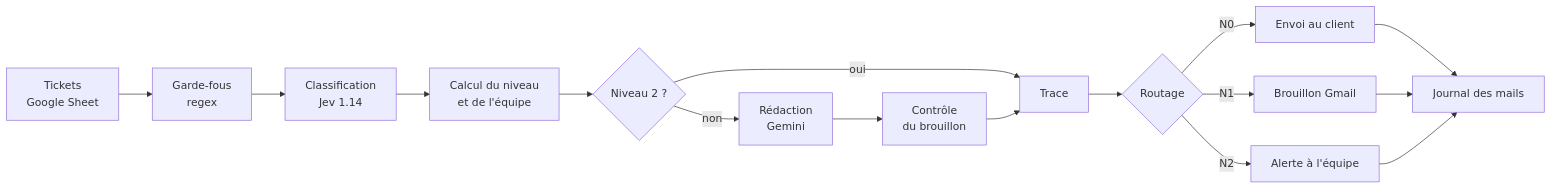
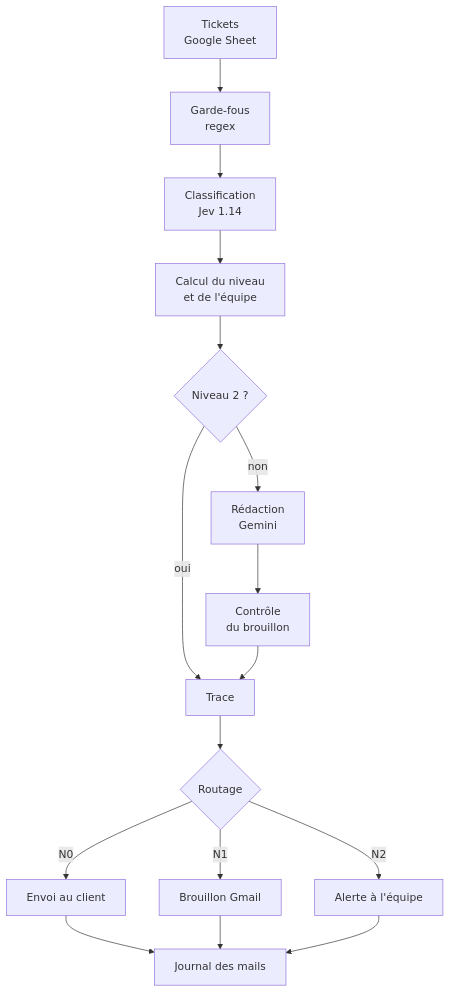
The diagram in README.md (alejomendozahermida-png/n8n-eugeniaschool), drawn with Mermaid before and after one commit.

Commit message:
docs: make the README flow diagram vertical for readability

````diff
--- a/README.md
+++ b/README.md
@@ -47,18 +47,18 @@
 ```mermaid
-flowchart LR
+flowchart TD
     A[Tickets<br/>Google Sheet] --> B[Garde-fous<br/>regex]
     B --> C[Classification<br/>Jev 1.14]
     C --> D[Calcul du niveau<br/>et de l'équipe]
     D --> E{Niveau 2 ?}
     E -- oui --> H[Trace]
     E -- non --> F[Rédaction<br/>Gemini]
     F --> G[Contrôle<br/>du brouillon]
     G --> H
     H --> I{Routage}
     I -- N0 --> J[Envoi au client]
     I -- N1 --> K[Brouillon Gmail]
     I -- N2 --> L[Alerte à l'équipe]
     J --> M[Journal des mails]
     K --> M
     L --> M
 ```
````
